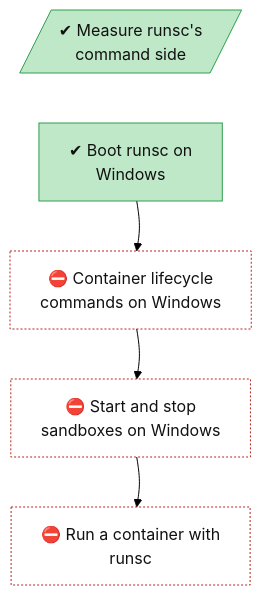
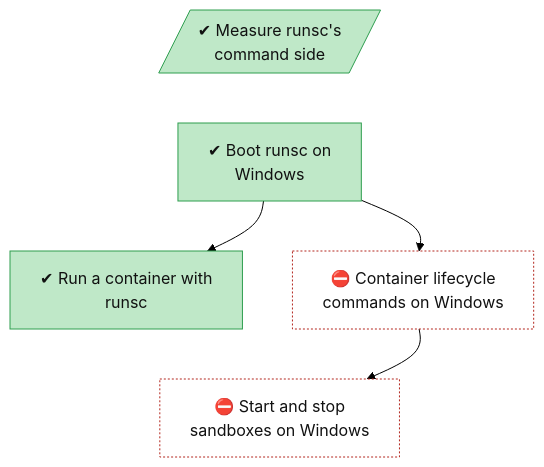
One commit to lhns/gvisor-windows changed the diagram in docs/roadmap/tracks/runsc.md. Above: the diagram before and after it, drawn with Mermaid (forest theme). The commit also changed other lines of this file and 4 other files, not shown here.

Commit message:
The runsc goal is met: runsc.exe run starts an OCI bundle on Windows

````diff
--- a/docs/roadmap/tracks/runsc.md
+++ b/docs/roadmap/tracks/runsc.md
@@ -10,31 +10,32 @@
 ```mermaid
 flowchart TB
     runsc_measure_cli[/"✔ Measure runsc's<br/>command side"/]
     runsc_windows_boot["✔ Boot runsc on<br/>Windows"]
+    runsc_container_on_windows["✔ Run a container with<br/>runsc"]
     runsc_windows_lifecycle_commands["⛔ Container lifecycle<br/>commands on Windows"]
     runsc_sandbox_lifecycle["⛔ Start and stop<br/>sandboxes on Windows"]
-    runsc_container_on_windows["⛔ Run a container with<br/>runsc"]
     runsc_measure_cli ~~~ runsc_windows_boot
+    runsc_windows_boot ~~~ runsc_container_on_windows
     runsc_windows_boot ~~~ runsc_windows_lifecycle_commands
+    runsc_container_on_windows ~~~ runsc_sandbox_lifecycle
     runsc_windows_lifecycle_commands ~~~ runsc_sandbox_lifecycle
-    runsc_sandbox_lifecycle ~~~ runsc_container_on_windows
+    runsc_windows_boot --> runsc_container_on_windows
     runsc_windows_boot --> runsc_windows_lifecycle_commands
     runsc_windows_lifecycle_commands --> runsc_sandbox_lifecycle
-    runsc_sandbox_lifecycle --> runsc_container_on_windows
     classDef vsucc fill:#2e9e4f,stroke:#1b6b34,color:#fff
     classDef succ fill:#bfe8c8,stroke:#2e9e4f,color:#111
     classDef mixed fill:#ffd37a,stroke:#c98a00,color:#111
     classDef bad fill:#f28b82,stroke:#b3261e,color:#111
     classDef dead fill:#e6e6e6,stroke:#777,stroke-dasharray:5 5,color:#555
     classDef inprog fill:#a8cdf5,stroke:#1f6fc5,color:#111
     classDef next fill:#fff,stroke:#333,color:#111
     classDef blocked fill:#fff,stroke:#b3261e,stroke-dasharray:2 2,color:#111
     classDef parked fill:#f3f3f3,stroke:#999,color:#555
     classDef unrated fill:#fff,stroke:#333,stroke-dasharray:1 3,color:#111
     classDef gate fill:#d9c2f0,stroke:#7b3fb5,color:#111
     classDef decided fill:#ece0f7,stroke:#7b3fb5,stroke-dasharray:2 2,color:#111
     classDef finding fill:#ffe0b2,stroke:#d84315,stroke-width:2px,color:#111
     classDef waiting fill:#e3f2fd,stroke:#1f6fc5,stroke-dasharray:5 5,color:#111
-    class runsc_measure_cli,runsc_windows_boot succ
-    class runsc_windows_lifecycle_commands,runsc_sandbox_lifecycle,runsc_container_on_windows blocked
+    class runsc_measure_cli,runsc_windows_boot,runsc_container_on_windows succ
+    class runsc_windows_lifecycle_commands,runsc_sandbox_lifecycle blocked
 ```
````
